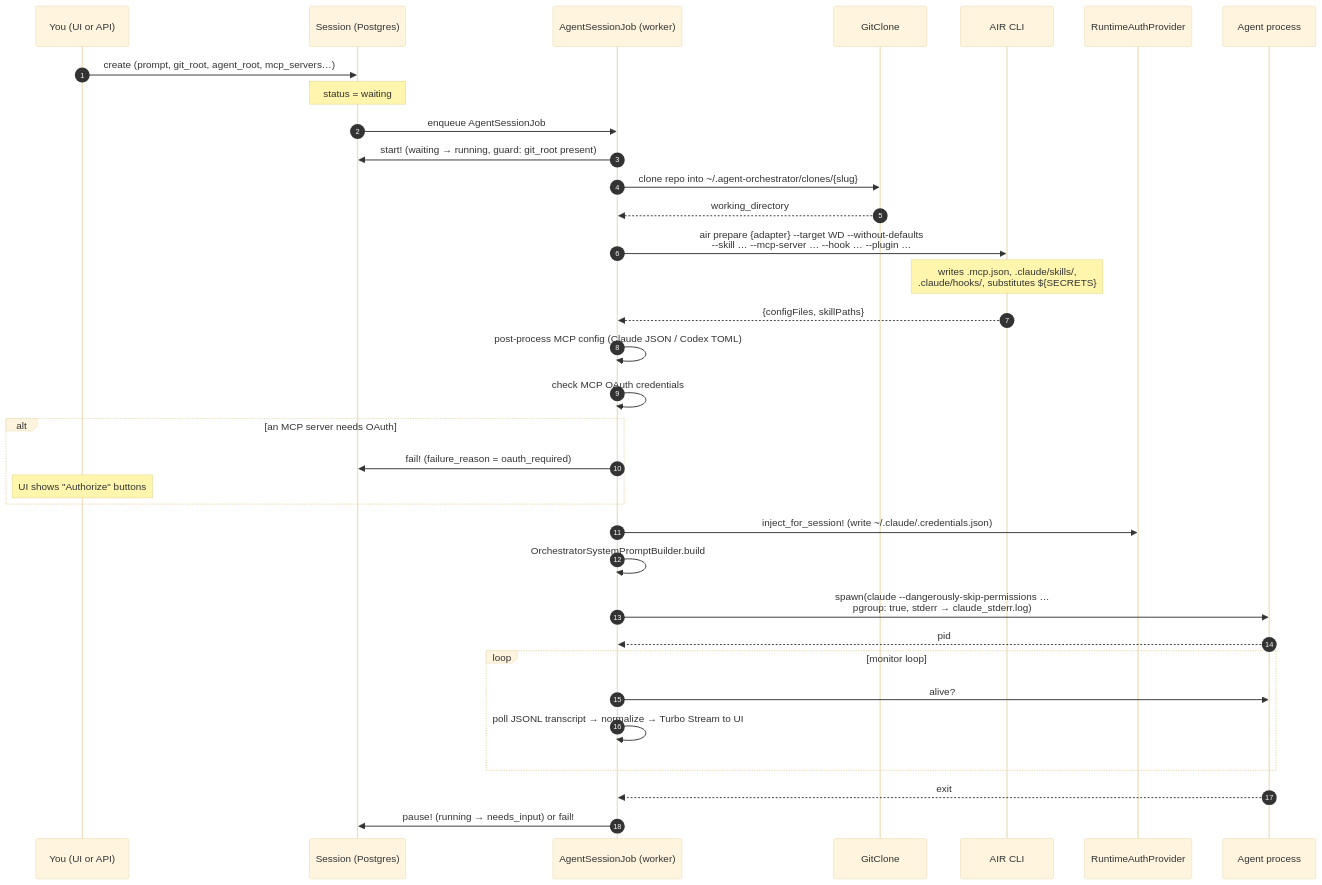
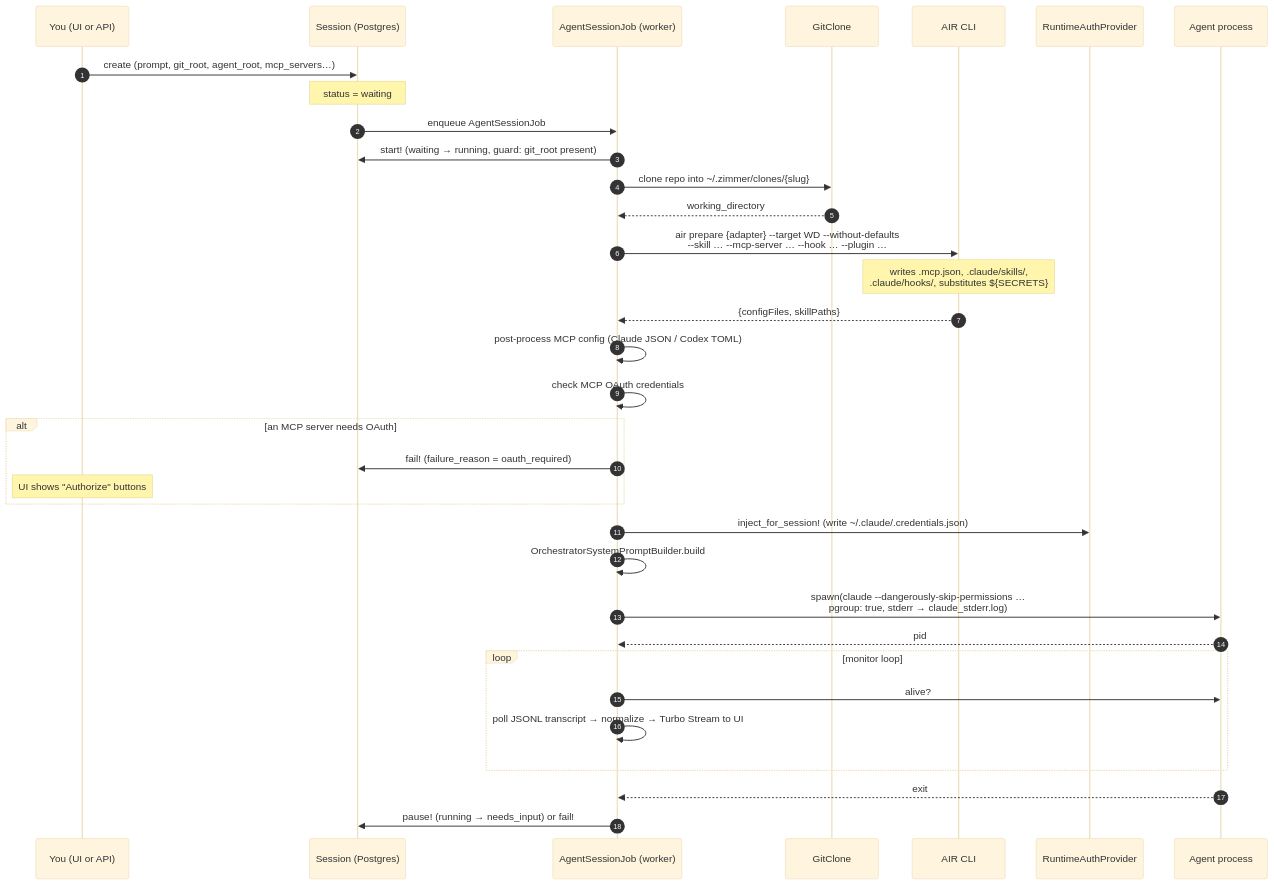
The second of 2 diagrams in docs/src/content/docs/intro/architecture.md (tadasant/zimmer), drawn with Mermaid (base theme) before and after one commit. The commit also changed other lines of this file and 9 other files, not shown here.

````diff
--- a/docs/src/content/docs/intro/architecture.md
+++ b/docs/src/content/docs/intro/architecture.md
@@ -120,37 +111,37 @@
 ```mermaid
 sequenceDiagram
     autonumber
     participant U as You (UI or API)
     participant S as Session (Postgres)
     participant J as AgentSessionJob (worker)
     participant G as GitClone
     participant A as AIR CLI
     participant Au as RuntimeAuthProvider
     participant P as Agent process
 
     U->>S: create (prompt, git_root, agent_root, mcp_servers…)
     Note over S: status = waiting
     S->>J: enqueue AgentSessionJob
     J->>S: start! (waiting → running, guard: git_root present)
-    J->>G: clone repo into ~/.agent-orchestrator/clones/{slug}
+    J->>G: clone repo into ~/.zimmer/clones/{slug}
     G-->>J: working_directory
     J->>A: air prepare {adapter} --target WD --without-defaults<br/>--skill … --mcp-server … --hook … --plugin …
     Note over A: writes .mcp.json, .claude/skills/,<br/>.claude/hooks/, substitutes ${SECRETS}
     A-->>J: {configFiles, skillPaths}
     J->>J: post-process MCP config (Claude JSON / Codex TOML)
     J->>J: check MCP OAuth credentials
     alt an MCP server needs OAuth
         J->>S: fail! (failure_reason = oauth_required)
         Note over U: UI shows "Authorize" buttons
     end
     J->>Au: inject_for_session! (write ~/.claude/.credentials.json)
     J->>J: OrchestratorSystemPromptBuilder.build
     J->>P: spawn(claude --dangerously-skip-permissions …<br/>pgroup: true, stderr → claude_stderr.log)
     P-->>J: pid
     loop monitor loop
         J->>P: alive?
         J->>J: poll JSONL transcript → normalize → Turbo Stream to UI
     end
     P-->>J: exit
     J->>S: pause! (running → needs_input) or fail!
 ```
````
